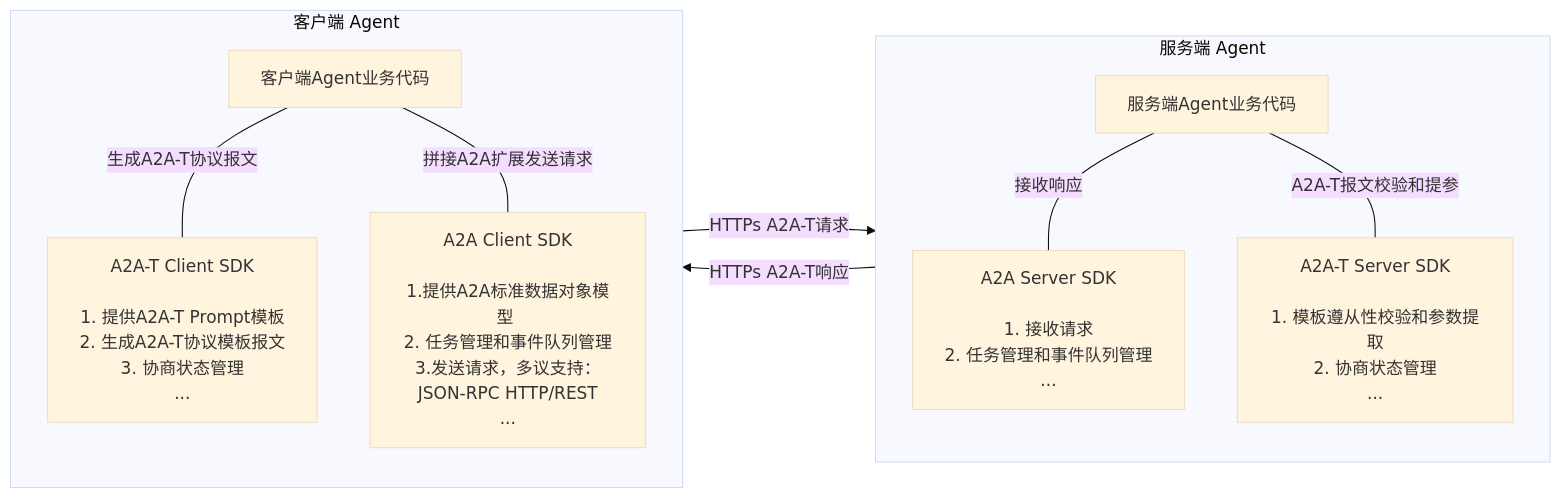
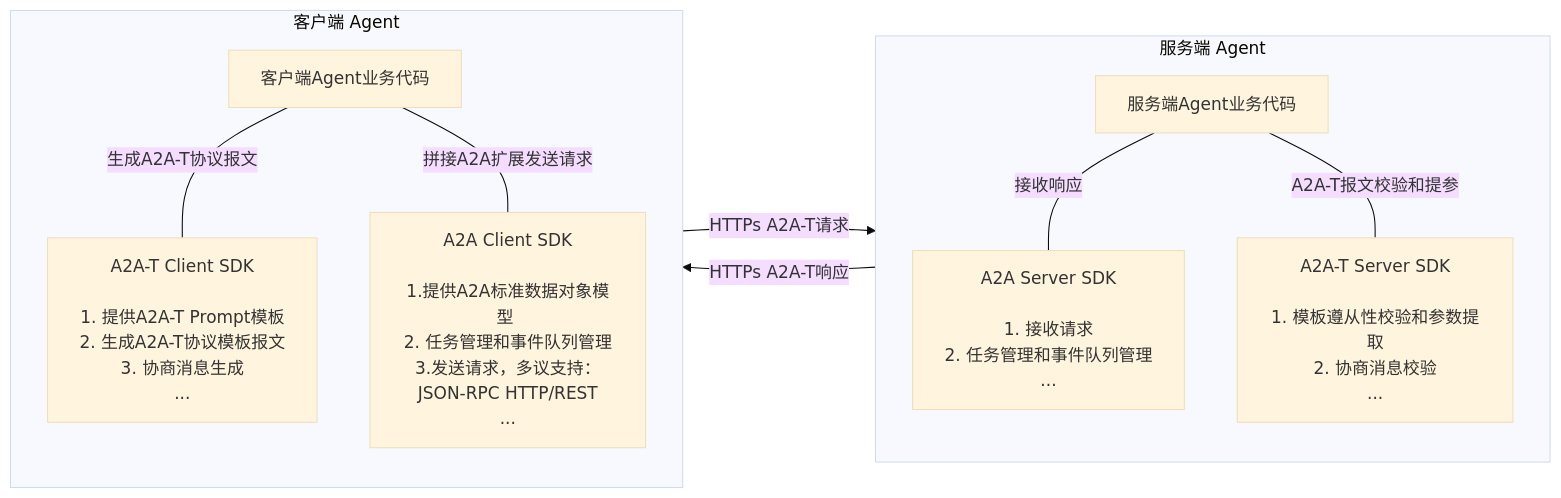
One commit to mamusen-huawei/a2a-t-sdk-python changed the first of 5 diagrams in docs/zh/开发指南.md. Above: the diagram before and after it, drawn with Mermaid (base theme). The commit also changed other lines of this file and 41 other files, not shown here.

````diff
--- a/docs/zh/开发指南.md
+++ b/docs/zh/开发指南.md
@@ -30,22 +33,21 @@
 ```mermaid
 flowchart LR
     subgraph Server["服务端 Agent"]
         B0["服务端Agent业务代码"]
         B1["A2A Server SDK<br><br>1. 接收请求<br>2. 任务管理和事件队列管理<br>..."]
-        B2["A2A-T Server SDK<br><br>1. 模板遵从性校验和参数提取<br>2. 协商状态管理<br>..."]
+        B2["A2A-T Server SDK<br><br>1. 模板遵从性校验和参数提取<br>2. 协商消息校验<br>..."]
         B0 --接收响应--- B1
         B0 --A2A-T报文校验和提参--- B2
     end
 
     subgraph Client["客户端 Agent"]
         A0["客户端Agent业务代码"]
-        A1["A2A-T Client SDK<br><br>1. 提供A2A-T Prompt模板<br>2. 生成A2A-T协议模板报文<br>3. 协商状态管理<br>..."]
+        A1["A2A-T Client SDK<br><br>1. 提供A2A-T Prompt模板<br>2. 生成A2A-T协议模板报文<br>3. 协商消息生成<br>..."]
         A2["A2A Client SDK<br><br>1.提供A2A标准数据对象模型 <br>2. 任务管理和事件队列管理<br>3.发送请求，多议支持：JSON-RPC HTTP/REST<br>..."]
         A0 --生成A2A-T协议报文--- A1
         A0 --拼接A2A扩展发送请求--- A2
     end
 
     Client -- HTTPs A2A-T请求--> Server
     Server -- HTTPs A2A-T响应--> Client
-
 ```
````
